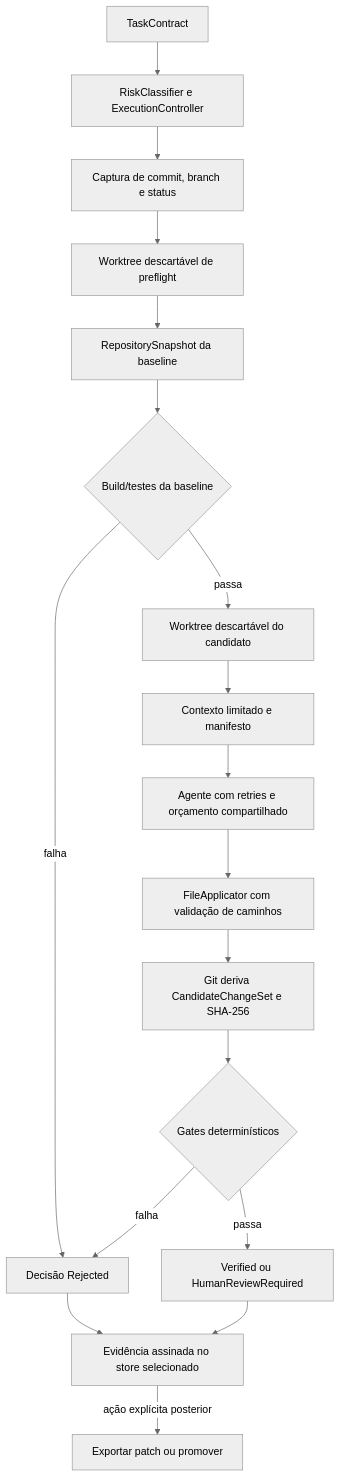
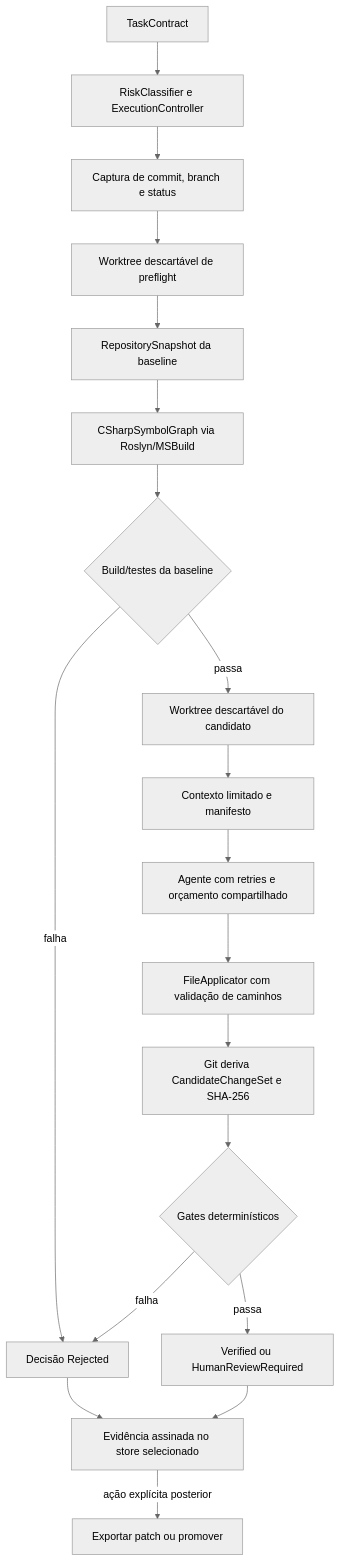
Before and after one commit to Fernandorsoul/AECS_FUNDA-O-TECNICA: the diagram in docs/architecture.md, drawn with Mermaid (neutral theme). The commit also changed other lines of this file and 29 other files, not shown here.

Commit message:
feat: add deterministic Roslyn symbol graph

````diff
--- a/docs/architecture.md
+++ b/docs/architecture.md
@@ -16,20 +16,21 @@
 ```mermaid
 flowchart TD
     A[TaskContract] --> B[RiskClassifier e ExecutionController]
     B --> C[Captura de commit, branch e status]
     C --> D[Worktree descartável de preflight]
     D --> S[RepositorySnapshot da baseline]
-    S --> E{Build/testes da baseline}
+    S --> SG[CSharpSymbolGraph via Roslyn/MSBuild]
+    SG --> E{Build/testes da baseline}
     E -->|falha| X[Decisão Rejected]
     E -->|passa| F[Worktree descartável do candidato]
     F --> G[Contexto limitado e manifesto]
     G --> H[Agente com retries e orçamento compartilhado]
     H --> I[FileApplicator com validação de caminhos]
     I --> J[Git deriva CandidateChangeSet e SHA-256]
     J --> K{Gates determinísticos}
     K -->|falha| X
     K -->|passa| L[Verified ou HumanReviewRequired]
     X --> M[Evidência assinada no store selecionado]
     L --> M
     M -->|ação explícita posterior| N[Exportar patch ou promover]
 ```
````
